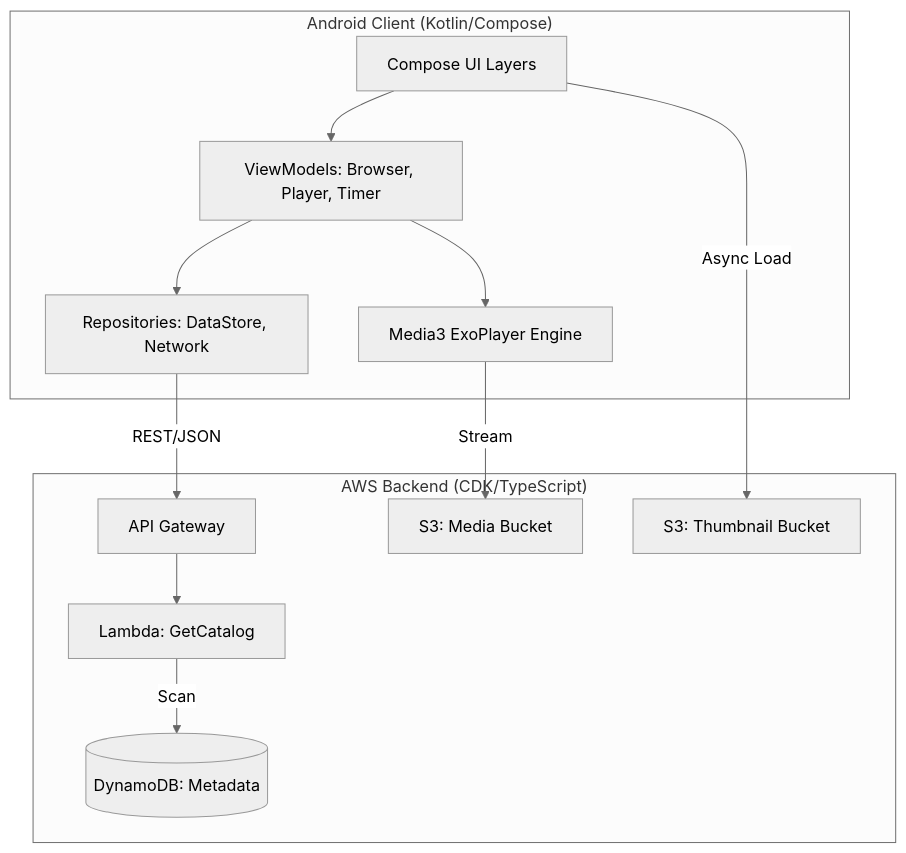
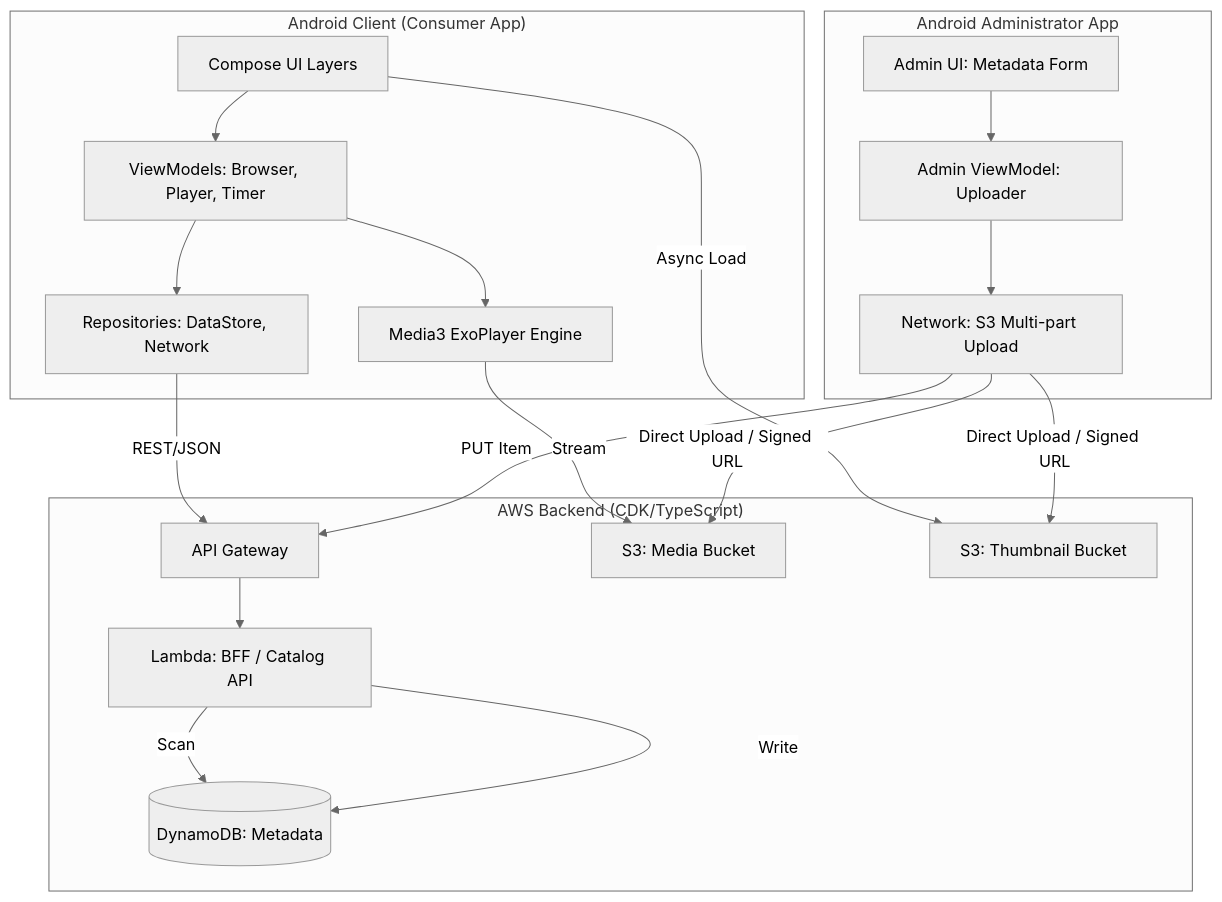
The diagram in system-design.md (anlalama1/Personal-Video-Streaming-Service), drawn with Mermaid (neutral theme) before and after one commit. The commit also changed other lines of this file and 4 other files, not shown here.

````diff
--- a/system-design.md
+++ b/system-design.md
@@ -7,27 +7,41 @@
 ```mermaid
 graph TD
-    subgraph "Android Client (Kotlin/Compose)"
+    subgraph "Android Client (Consumer App)"
         UI[Compose UI Layers]
         VM[ViewModels: Browser, Player, Timer]
         REPO[Repositories: DataStore, Network]
         ENGINE[Media3 ExoPlayer Engine]
     end
 
+    subgraph "Android Administrator App"
+        A_UI[Admin UI: Metadata Form]
+        A_VM[Admin ViewModel: Uploader]
+        A_NET[Network: S3 Multi-part Upload]
+    end
+
     subgraph "AWS Backend (CDK/TypeScript)"
         API[API Gateway]
-        LAMBDA[Lambda: GetCatalog]
+        LAMBDA[Lambda: BFF / Catalog API]
         DB[(DynamoDB: Metadata)]
         S3_M[S3: Media Bucket]
         S3_T[S3: Thumbnail Bucket]
     end
 
-    %% Interactions
+    %% Interactions - Consumer
     UI --> VM
     VM --> REPO
     REPO -->|REST/JSON| API
     API --> LAMBDA
     LAMBDA -->|Scan| DB
     VM --> ENGINE
     ENGINE -->|Stream| S3_M
     UI -->|Async Load| S3_T
+
+    %% Interactions - Administrator
+    A_UI --> A_VM
+    A_VM --> A_NET
+    A_NET -->|PUT Item| API
+    LAMBDA -->|Write| DB
+    A_NET -->|Direct Upload / Signed URL| S3_M
+    A_NET -->|Direct Upload / Signed URL| S3_T
 ```
````
